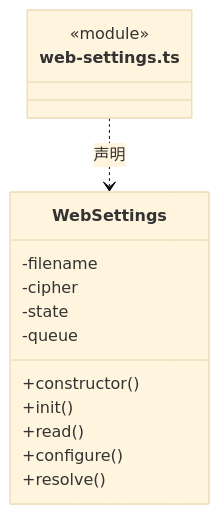
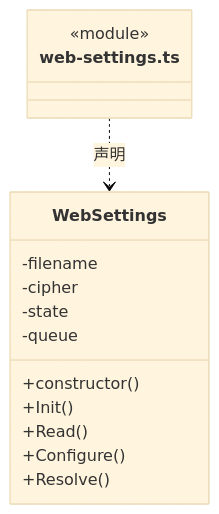
One commit to nan023062/cbim changed the third of 4 diagrams in src/logic/web/service/ARCHITECTURE.md. Above: the diagram before and after it, drawn with Mermaid (base theme). The commit also changed other lines of this file and 1035 other files, not shown here.

````diff
--- a/src/logic/web/service/ARCHITECTURE.md
+++ b/src/logic/web/service/ARCHITECTURE.md
@@ -62,18 +62,18 @@
 ```mermaid
 classDiagram
 class N_src_logic_web_service_web_settings_ts["web-settings.ts"] {
   <<module>>
 }
 class N_src_logic_web_service_web_settings_ts_WebSettings["WebSettings"] {
   +constructor()
-  +init()
-  +read()
-  +configure()
-  +resolve()
+  +Init()
+  +Read()
+  +Configure()
+  +Resolve()
   -filename
   -cipher
   -state
   -queue
 }
 N_src_logic_web_service_web_settings_ts ..> N_src_logic_web_service_web_settings_ts_WebSettings : 声明
 ```
````
